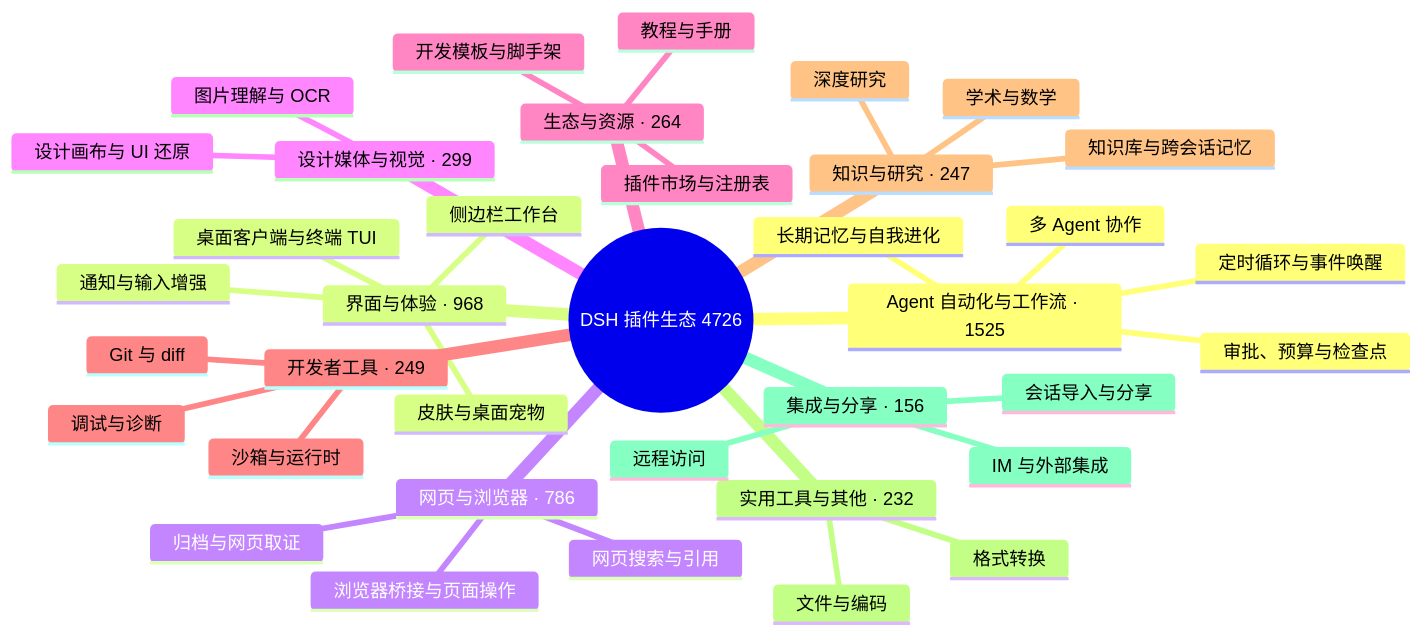
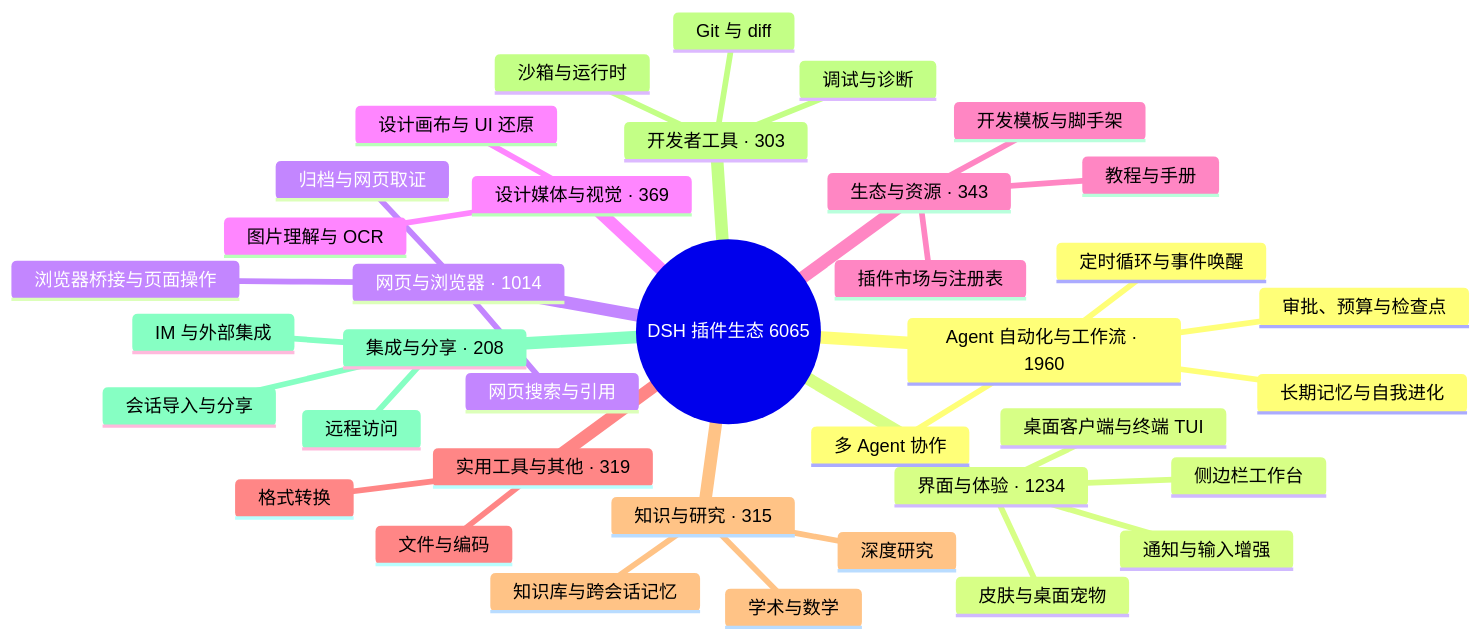
Before and after one commit to PGZXB/awesome-dsh-plugin-3: the diagram in README.md, drawn with Mermaid. The commit also changed other lines of this file and 10 other files, not shown here.

````diff
--- a/README.md
+++ b/README.md
@@ -33,40 +33,40 @@
 ```mermaid
 mindmap
-  root((DSH 插件生态 4726))
-    Agent 自动化与工作流 · 1525
+  root((DSH 插件生态 6065))
+    Agent 自动化与工作流 · 1960
       定时循环与事件唤醒
       多 Agent 协作
       长期记忆与自我进化
       审批、预算与检查点
-    界面与体验 · 968
+    界面与体验 · 1234
       桌面客户端与终端 TUI
       侧边栏工作台
       皮肤与桌面宠物
       通知与输入增强
-    网页与浏览器 · 786
+    网页与浏览器 · 1014
       浏览器桥接与页面操作
       网页搜索与引用
       归档与网页取证
-    设计媒体与视觉 · 299
+    设计媒体与视觉 · 369
       图片理解与 OCR
       设计画布与 UI 还原
-    生态与资源 · 264
+    生态与资源 · 343
       插件市场与注册表
       开发模板与脚手架
       教程与手册
-    开发者工具 · 249
+    实用工具与其他 · 319
+      文件与编码
+      格式转换
+    知识与研究 · 315
+      知识库与跨会话记忆
+      深度研究
+      学术与数学
+    开发者工具 · 303
       Git 与 diff
       沙箱与运行时
       调试与诊断
-    知识与研究 · 247
-      知识库与跨会话记忆
-      深度研究
-      学术与数学
-    实用工具与其他 · 232
-      文件与编码
-      格式转换
-    集成与分享 · 156
+    集成与分享 · 208
       会话导入与分享
       远程访问
       IM 与外部集成
 ```
````
